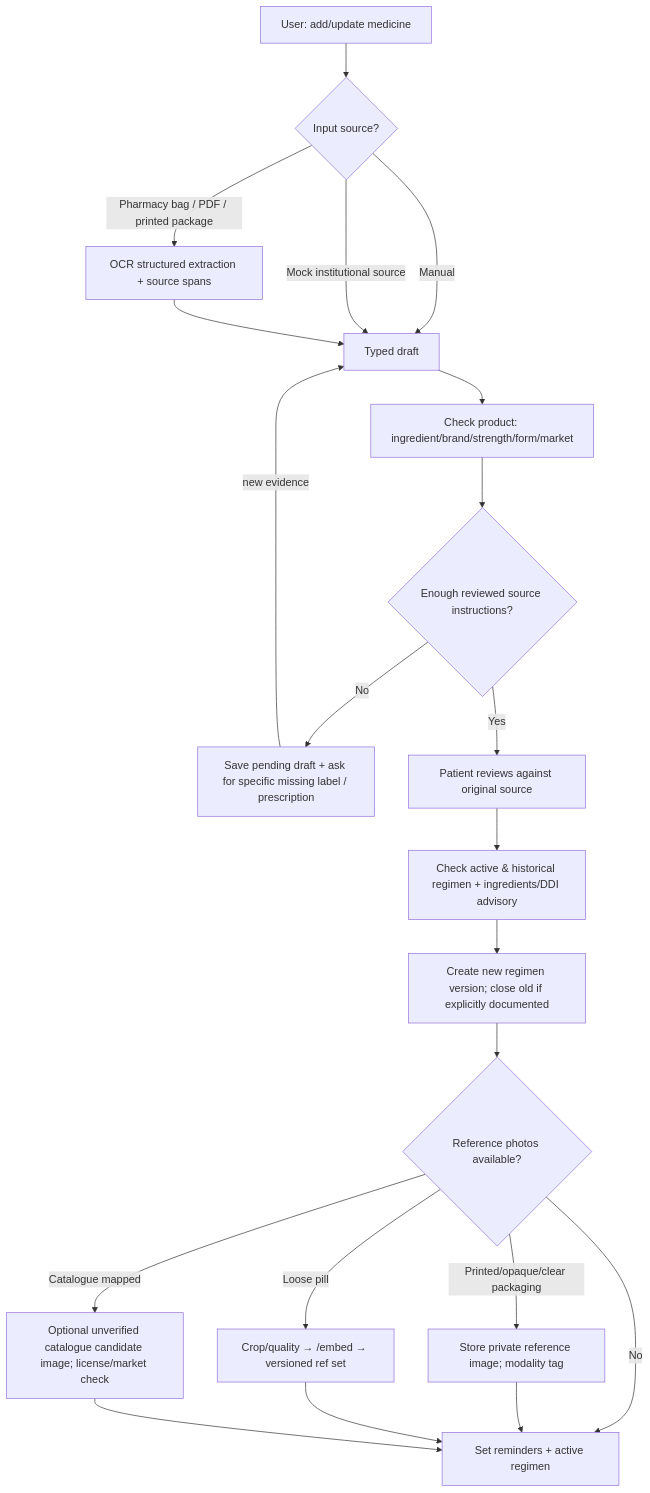
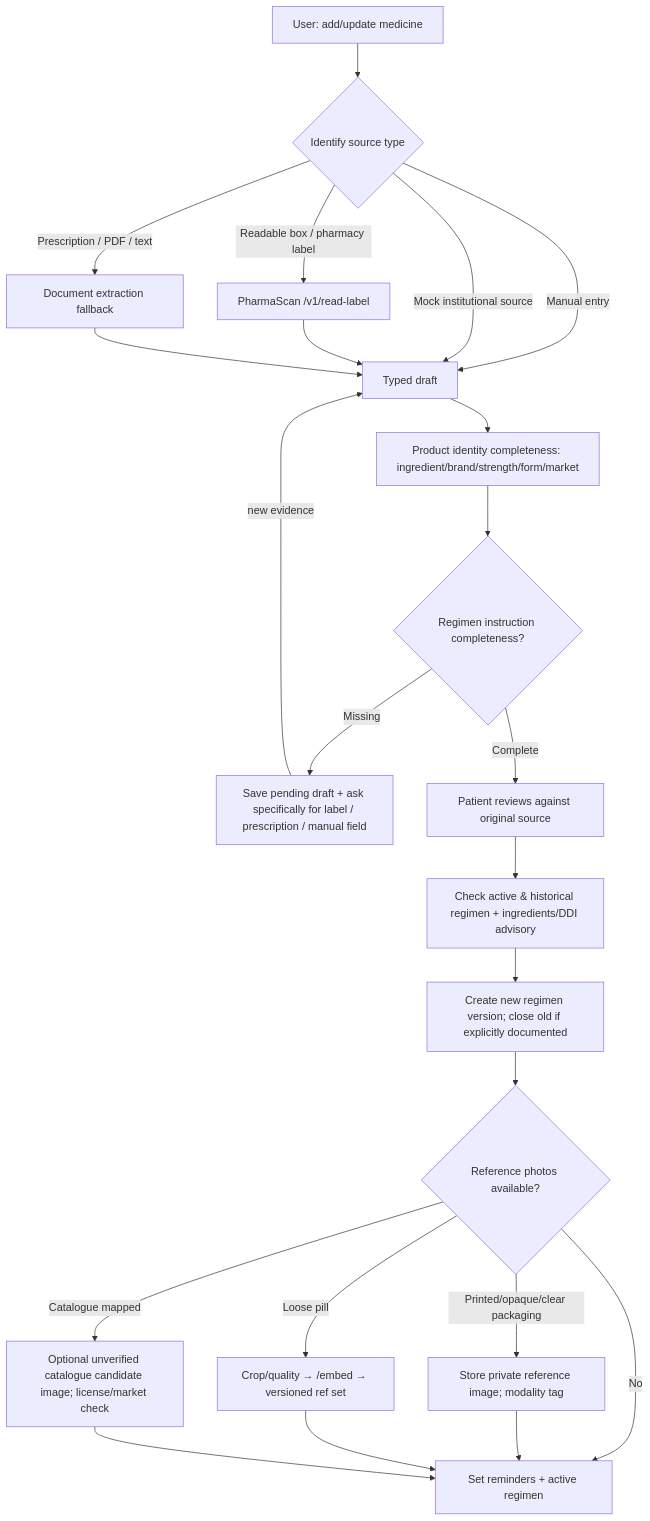
The third of 4 diagrams in docs/WORKFLOWS.md (SpectateurLinlan/pharmascan-care-agent), drawn with Mermaid before and after one commit. The commit also changed other lines of this file and 29 other files, not shown here.

````diff
--- a/docs/WORKFLOWS.md
+++ b/docs/WORKFLOWS.md
@@ -52,23 +52,25 @@
 ```mermaid
 flowchart TD
-  Enter[User: add/update medicine] --> Src{Input source?}
-  Src -->|Pharmacy bag / PDF / printed package| OCR[OCR structured extraction + source spans]
-  Src -->|Manual| Draft[Typed draft]
+  Enter[User: add/update medicine] --> Src{Identify source type}
+  Src -->|Readable box / pharmacy label| Label[PharmaScan /v1/read-label]
+  Src -->|Prescription / PDF / text| Doc[Document extraction fallback]
+  Src -->|Manual entry| Draft[Typed draft]
   Src -->|Mock institutional source| Draft
-  OCR --> Draft
-  Draft --> Identity[Check product: ingredient/brand/strength/form/market]
-  Identity --> Gaps{Enough reviewed source instructions?}
-  Gaps -->|No| Pending[Save pending draft + ask for specific missing label / prescription]
+  Label --> Draft
+  Doc --> Draft
+  Draft --> Identity[Product identity completeness: ingredient/brand/strength/form/market]
+  Identity --> Gaps{Regimen instruction completeness?}
+  Gaps -->|Missing| Pending[Save pending draft + ask specifically for label / prescription / manual field]
   Pending -->|new evidence| Draft
-  Gaps -->|Yes| Review[Patient reviews against original source]
+  Gaps -->|Complete| Review[Patient reviews against original source]
   Review --> Dedupe[Check active & historical regimen + ingredients/DDI advisory]
   Dedupe --> Version[Create new regimen version; close old if explicitly documented]
   Version --> Gallery{Reference photos available?}
   Gallery -->|No| Reminder[Set reminders + active regimen]
   Gallery -->|Printed/opaque/clear packaging| Package[Store private reference image; modality tag]
   Gallery -->|Loose pill| Pill[Crop/quality → /embed → versioned ref set]
   Gallery -->|Catalogue mapped| Catalogue[Optional unverified catalogue candidate image; license/market check]
   Package --> Reminder
   Pill --> Reminder
   Catalogue --> Reminder
 ```
````
